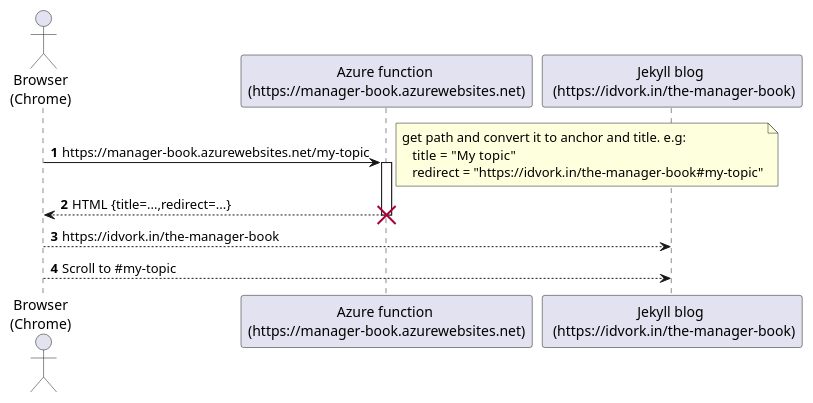
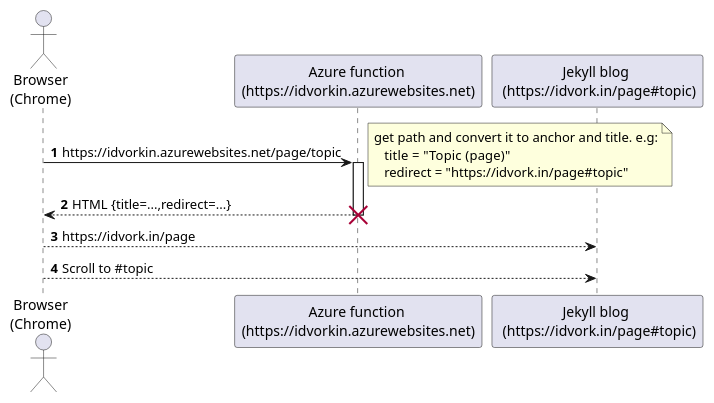
The diagram in system-design.puml (idvorkin/manager-book-redirect), drawn with PlantUML before and after one commit. The commit also changed other lines of this file, not shown here.

Commit message:
Save system-design.puml

```diff
--- a/system-design.puml
+++ b/system-design.puml
@@ -1,19 +2,19 @@
 @startuml
 autonumber
 actor "Browser\n(Chrome)" as browser
-participant "Azure function \n(https://manager-book.azurewebsites.net)" as azure_function
-participant "Jekyll blog \n (https://idvork.in/the-manager-book)" as the_manager_book
-browser -> azure_function: https://manager-book.azurewebsites.net/my-topic
+participant "Azure function \n(https://idvorkin.azurewebsites.net)" as azure_function
+participant "Jekyll blog \n (https://idvork.in/page#topic)" as the_manager_book
+browser -> azure_function: https://idvorkin.azurewebsites.net/page/topic
 activate azure_function
 note right
  get path and convert it to anchor and title. e.g:
-    title =  "My topic"
-    redirect = "https://idvork.in/the-manager-book#my-topic"
+    title =  "Topic (page)"
+    redirect = "https://idvork.in/page#topic"
 end note
 browser <-- azure_function: HTML {title=...,redirect=...}
 destroy azure_function
-browser --> the_manager_book: https://idvork.in/the-manager-book
-browser --> the_manager_book: Scroll to #my-topic
+browser --> the_manager_book: https://idvork.in/page
+browser --> the_manager_book: Scroll to #topic
 
 
 @enduml
```
